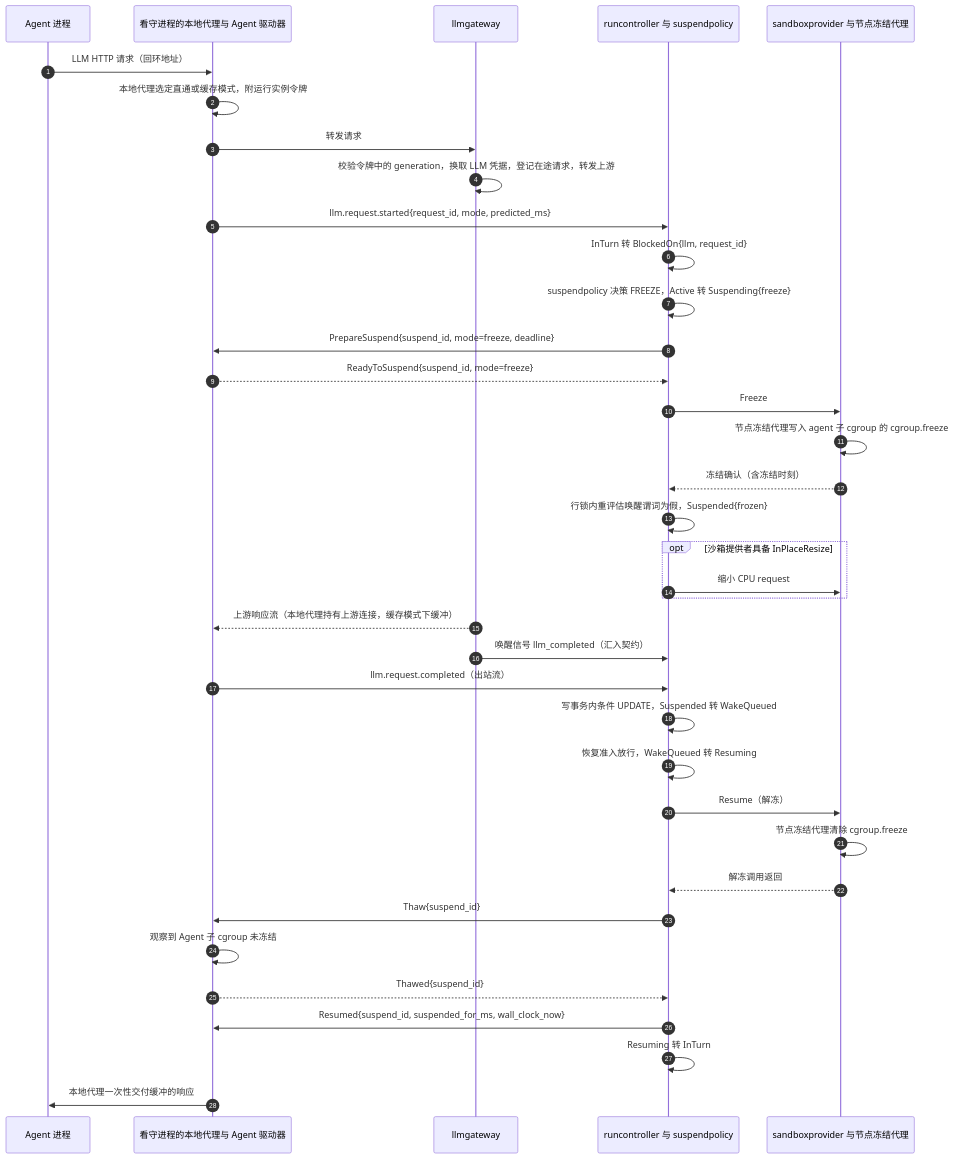
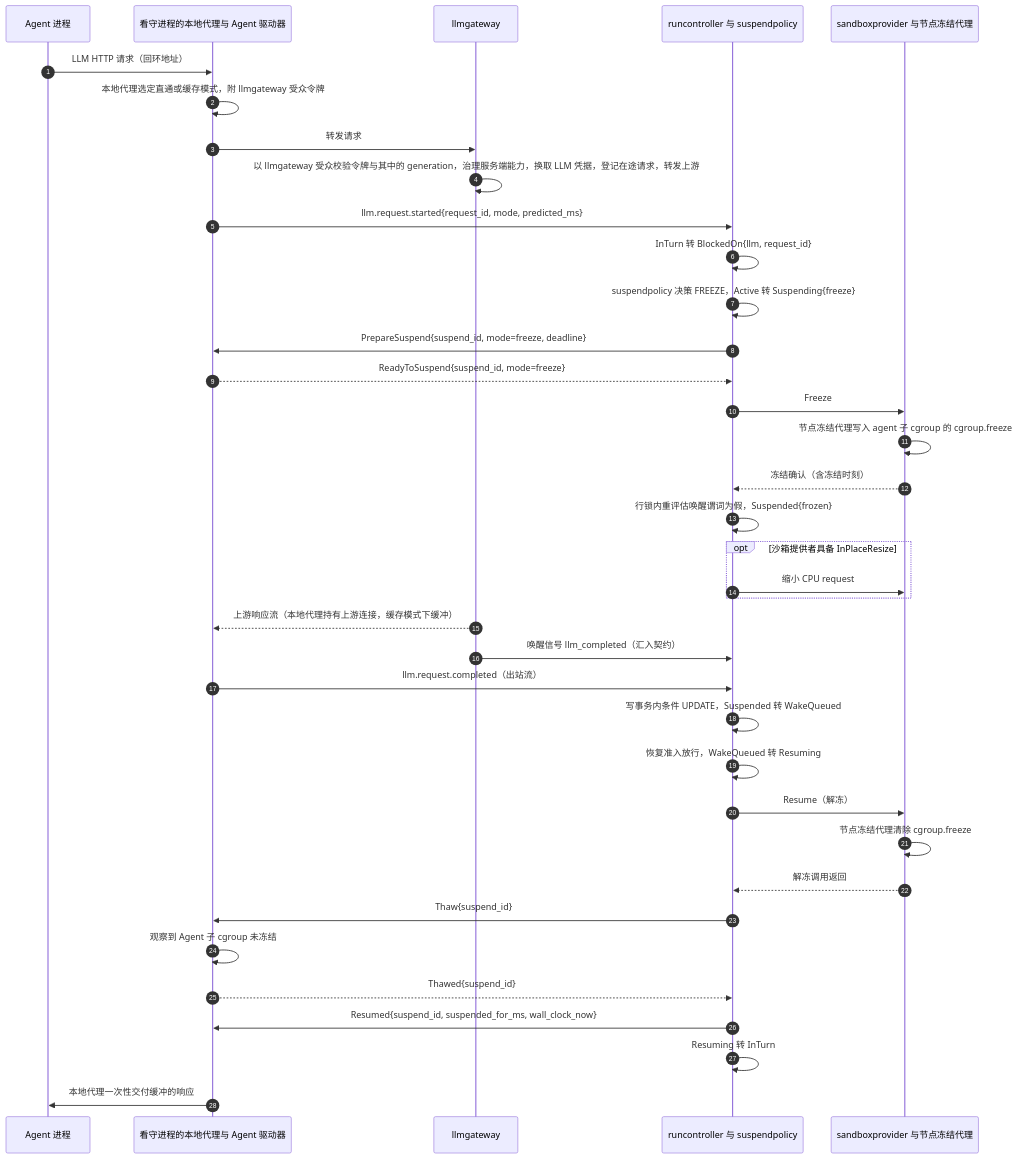
One commit to wangzw/castworks changed the fifth of 8 diagrams in docs/design/architecture.md. Above: the diagram before and after it, drawn with Mermaid. The commit also changed other lines of this file and 29 other files, not shown here.

````diff
--- a/docs/design/architecture.md
+++ b/docs/design/architecture.md
@@ -342,39 +360,39 @@
 ```mermaid
 sequenceDiagram
     autonumber
     participant A as Agent 进程
     participant W as 看守进程的本地代理与 Agent 驱动器
     participant G as llmgateway
     participant R as runcontroller 与 suspendpolicy
     participant P as sandboxprovider 与节点冻结代理
     A->>W: LLM HTTP 请求（回环地址）
-    W->>W: 本地代理选定直通或缓存模式，附运行实例令牌
+    W->>W: 本地代理选定直通或缓存模式，附 llmgateway 受众令牌
     W->>G: 转发请求
-    G->>G: 校验令牌中的 generation，换取 LLM 凭据，登记在途请求，转发上游
+    G->>G: 以 llmgateway 受众校验令牌与其中的 generation，治理服务端能力，换取 LLM 凭据，登记在途请求，转发上游
     W->>R: llm.request.started{request_id, mode, predicted_ms}
     R->>R: InTurn 转 BlockedOn{llm, request_id}
     R->>R: suspendpolicy 决策 FREEZE，Active 转 Suspending{freeze}
     R->>W: PrepareSuspend{suspend_id, mode=freeze, deadline}
     W-->>R: ReadyToSuspend{suspend_id, mode=freeze}
     R->>P: Freeze
     P->>P: 节点冻结代理写入 agent 子 cgroup 的 cgroup.freeze
     P-->>R: 冻结确认（含冻结时刻）
     R->>R: 行锁内重评估唤醒谓词为假，Suspended{frozen}
     opt 沙箱提供者具备 InPlaceResize
         R->>P: 缩小 CPU request
     end
     G-->>W: 上游响应流（本地代理持有上游连接，缓存模式下缓冲）
     G->>R: 唤醒信号 llm_completed（汇入契约）
     W->>R: llm.request.completed（出站流）
     R->>R: 写事务内条件 UPDATE，Suspended 转 WakeQueued
     R->>R: 恢复准入放行，WakeQueued 转 Resuming
     R->>P: Resume（解冻）
     P->>P: 节点冻结代理清除 cgroup.freeze
     P-->>R: 解冻调用返回
     R->>W: Thaw{suspend_id}
     W->>W: 观察到 Agent 子 cgroup 未冻结
     W-->>R: Thawed{suspend_id}
     R->>W: Resumed{suspend_id, suspended_for_ms, wall_clock_now}
     R->>R: Resuming 转 InTurn
     W->>A: 本地代理一次性交付缓冲的响应
 ```
````
